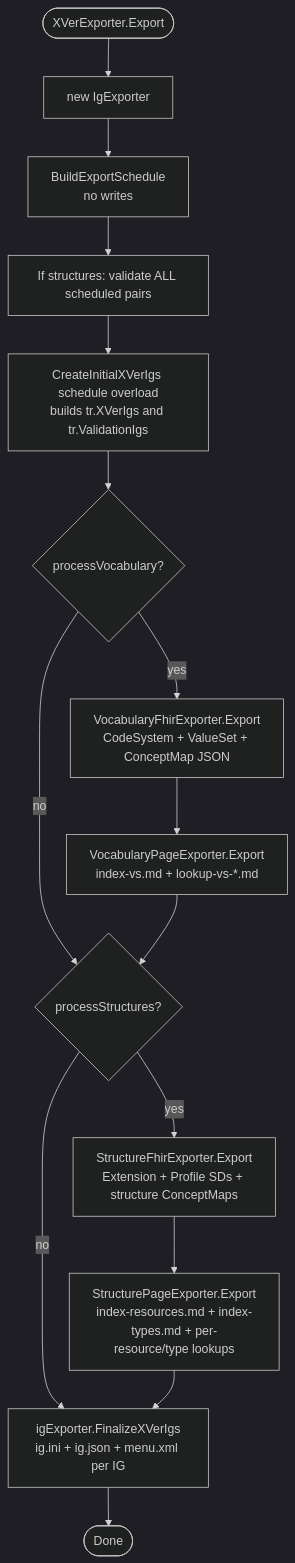
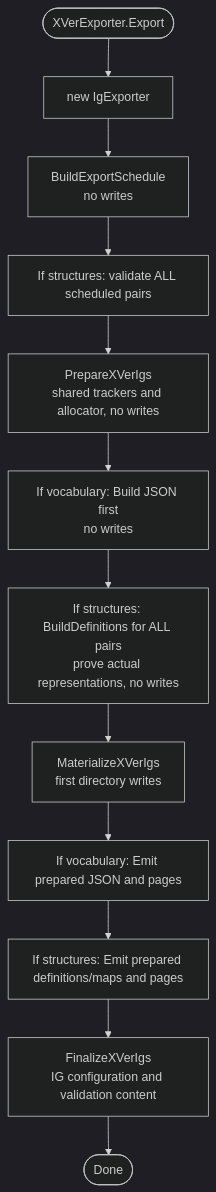
Before and after one commit to FHIR/fhir-codegen: the second of 2 diagrams in docs/specs/xver-exporter-export.md, drawn with Mermaid (dark theme). The commit also changed other lines of this file and 8 other files, not shown here.

Commit message:
test(xver): verify full profile catalog across releases

````diff
--- a/docs/specs/xver-exporter-export.md
+++ b/docs/specs/xver-exporter-export.md
@@ -267,19 +265,14 @@
 ```mermaid
 flowchart TD
     Start([XVerExporter.Export]) --> NewIg[new IgExporter]
     NewIg --> Schedule[BuildExportSchedule<br/>no writes]
     Schedule --> Preflight[If structures: validate ALL scheduled pairs]
-    Preflight --> CreateIgs[CreateInitialXVerIgs schedule overload<br/>builds tr.XVerIgs and tr.ValidationIgs]
-
-    CreateIgs --> Vocab{processVocabulary?}
-    Vocab -->|yes| VFhir[VocabularyFhirExporter.Export<br/>CodeSystem + ValueSet + ConceptMap JSON]
-    VFhir --> VPage[VocabularyPageExporter.Export<br/>index-vs.md + lookup-vs-*.md]
-    Vocab -->|no| Struct{processStructures?}
-    VPage --> Struct
-
-    Struct -->|yes| SFhir[StructureFhirExporter.Export<br/>Extension + Profile SDs + structure ConceptMaps]
-    SFhir --> SPage[StructurePageExporter.Export<br/>index-resources.md + index-types.md + per-resource/type lookups]
-    Struct -->|no| Final[igExporter.FinalizeXVerIgs<br/>ig.ini + ig.json + menu.xml per IG]
-    SPage --> Final
+    Preflight --> Prepare[PrepareXVerIgs<br/>shared trackers and allocator, no writes]
+    Prepare --> VBuild[If vocabulary: Build JSON first<br/>no writes]
+    VBuild --> SBuild[If structures: BuildDefinitions for ALL pairs<br/>prove actual representations, no writes]
+    SBuild --> Materialize[MaterializeXVerIgs<br/>first directory writes]
+    Materialize --> VEmit[If vocabulary: Emit prepared JSON and pages]
+    VEmit --> SEmit[If structures: Emit prepared definitions/maps and pages]
+    SEmit --> Final[FinalizeXVerIgs<br/>IG configuration and validation content]
     Final --> End([Done])
 ```
````
